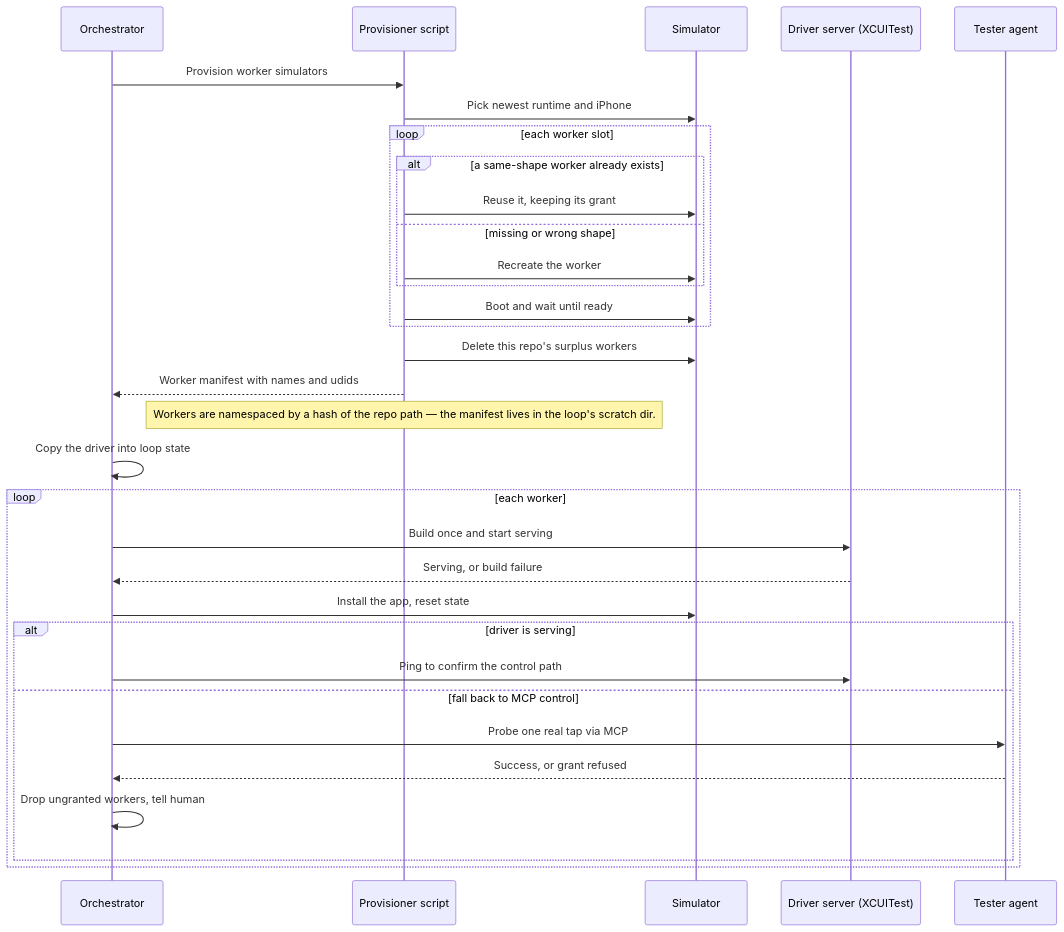
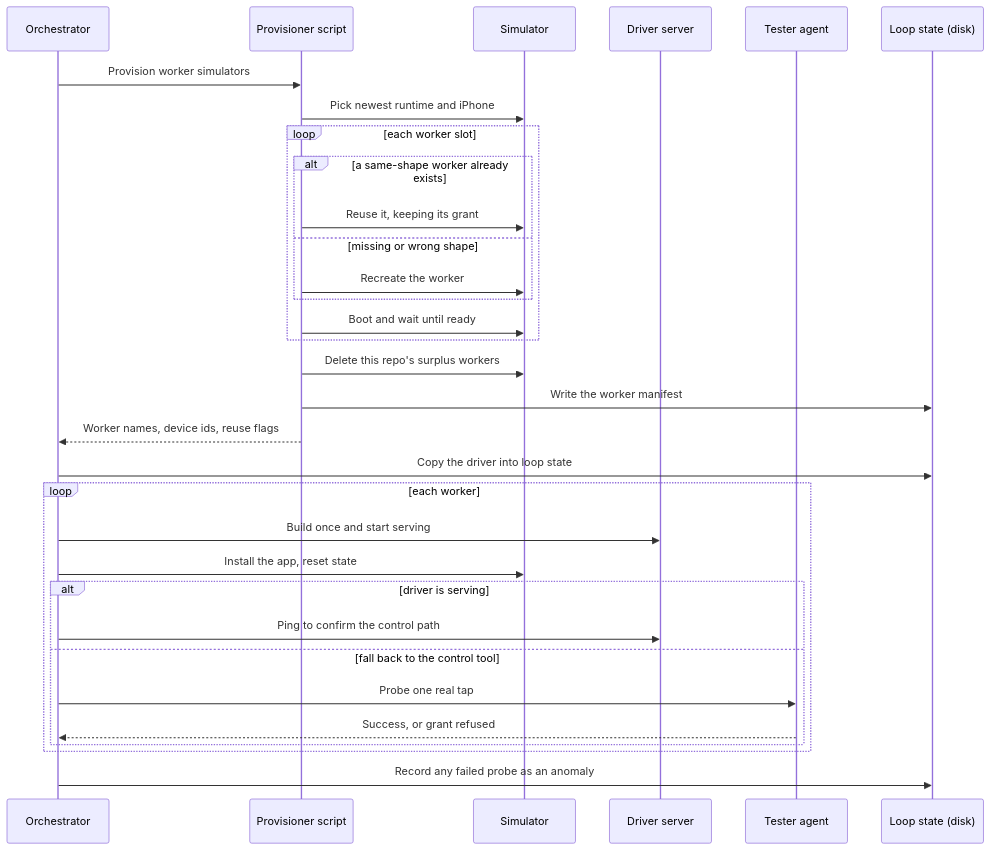
Before and after one commit to peterlit/quiller-claude-plugins: diagram 11 of 33 in docs/architecture/qa-loop-tools.md, drawn with Mermaid. The commit also changed other lines of this file and 5 other files, not shown here.

````diff
--- a/docs/architecture/qa-loop-tools.md
+++ b/docs/architecture/qa-loop-tools.md
@@ -327,34 +573,34 @@
 ```mermaid
 sequenceDiagram
     participant O as Orchestrator
     participant P as Provisioner script
     participant SIM as Simulator
-    participant D as Driver server (XCUITest)
+    participant D as Driver server
     participant T as Tester agent
+    participant L as Loop state (disk)
     O->>P: Provision worker simulators
     P->>SIM: Pick newest runtime and iPhone
     loop each worker slot
         alt a same-shape worker already exists
             P->>SIM: Reuse it, keeping its grant
         else missing or wrong shape
             P->>SIM: Recreate the worker
         end
         P->>SIM: Boot and wait until ready
     end
     P->>SIM: Delete this repo's surplus workers
-    P-->>O: Worker manifest with names and udids
-    Note over P: Workers are namespaced by a hash of the repo path — the manifest lives in the loop's scratch dir.
-    O->>O: Copy the driver into loop state
+    P->>L: Write the worker manifest
+    P-->>O: Worker names, device ids, reuse flags
+    O->>L: Copy the driver into loop state
     loop each worker
         O->>D: Build once and start serving
-        D-->>O: Serving, or build failure
         O->>SIM: Install the app, reset state
         alt driver is serving
             O->>D: Ping to confirm the control path
-        else fall back to MCP control
-            O->>T: Probe one real tap via MCP
+        else fall back to the control tool
+            O->>T: Probe one real tap
             T-->>O: Success, or grant refused
-            O->>O: Drop ungranted workers, tell human
         end
     end
+    O->>L: Record any failed probe as an anomaly
 ```
````
